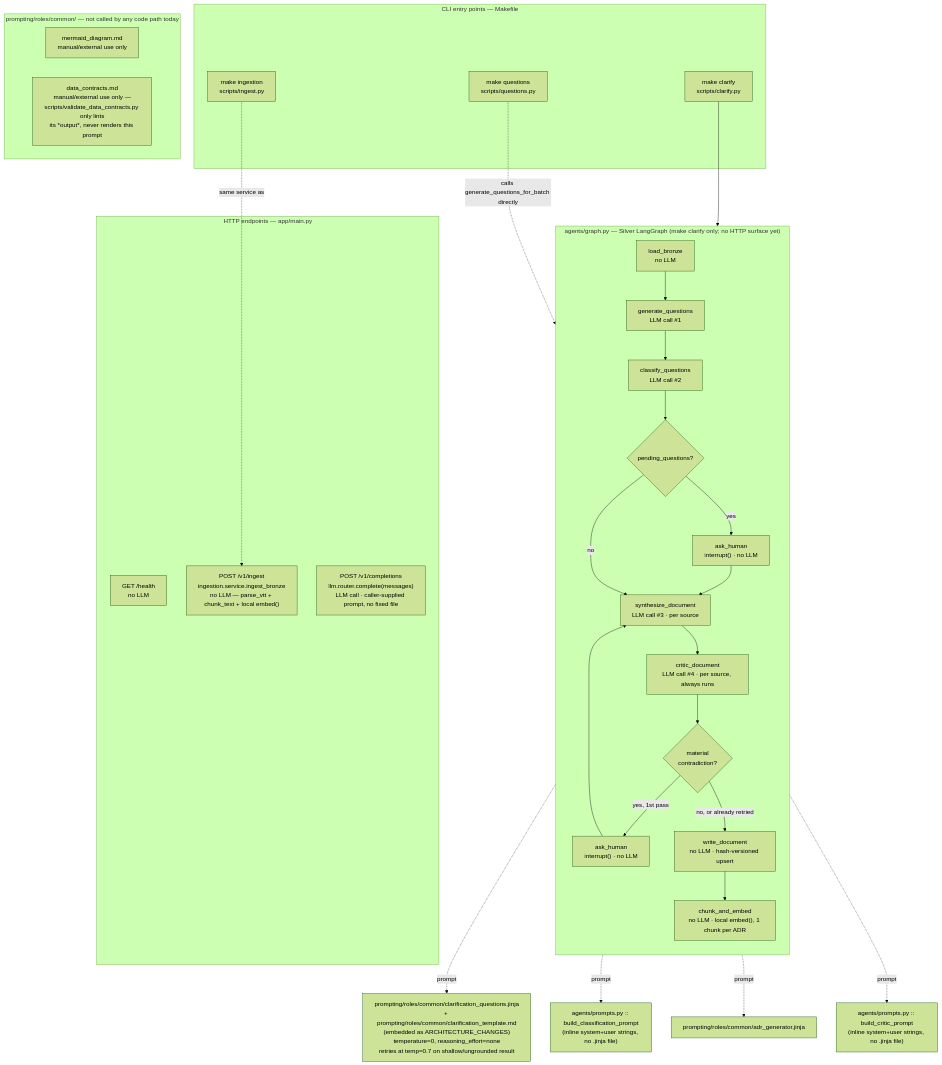
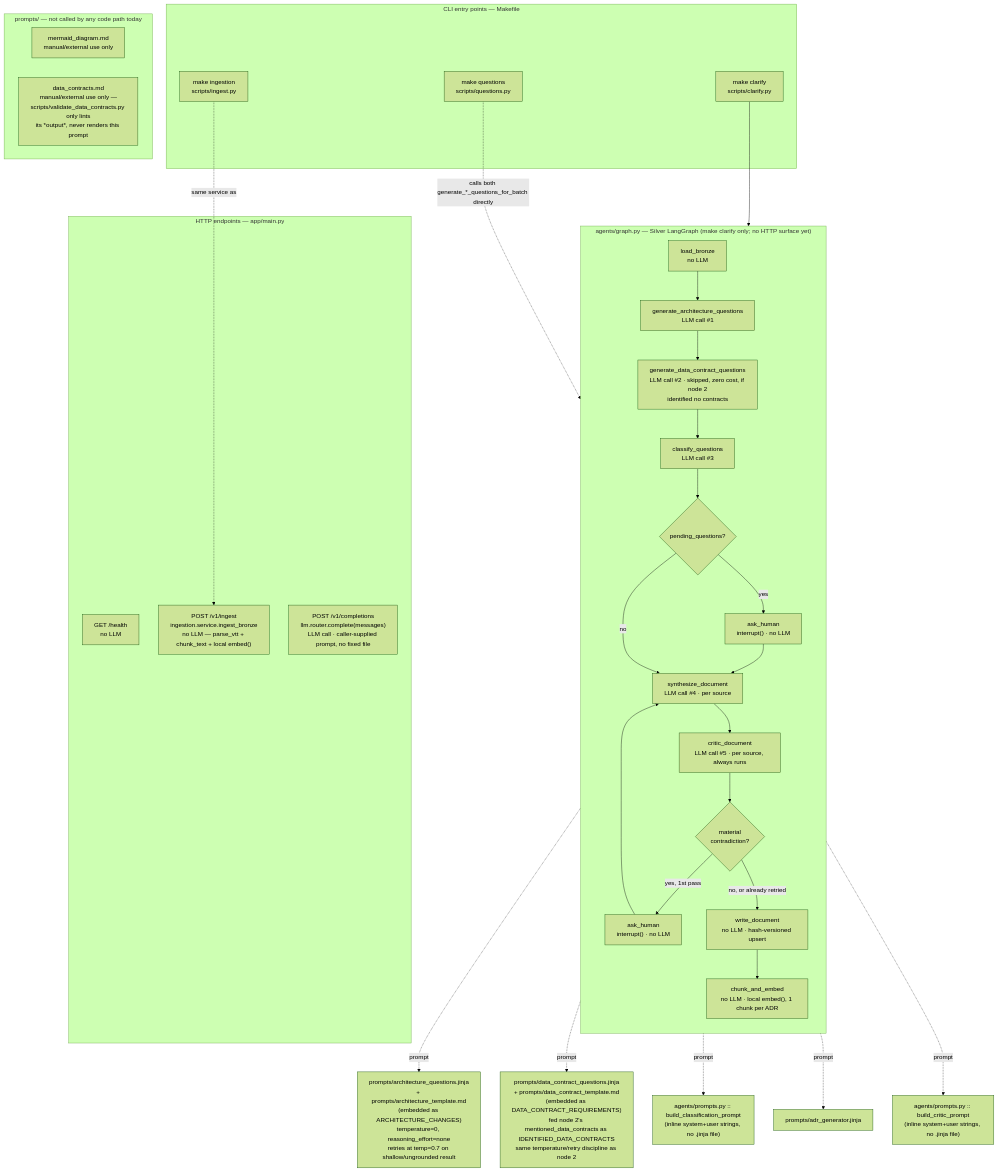
The diagram in doc/agents_llm_flow.md (gvlpedro/technical_meeting_rag), drawn with Mermaid (forest theme) before and after one commit. The commit also changed other lines of this file and 60 other files, not shown here.

Commit message:
feat: split questions in two different outputs architecture and data contracts questions

````diff
--- a/doc/agents_llm_flow.md
+++ b/doc/agents_llm_flow.md
@@ -7,51 +7,53 @@
 ```mermaid
 flowchart TD
     subgraph EP["HTTP endpoints — app/main.py"]
         H1["GET /health<br/>no LLM"]
         H2["POST /v1/ingest<br/>ingestion.service.ingest_bronze<br/>no LLM — parse_vtt + chunk_text + local embed()"]
         H3["POST /v1/completions<br/>llm.router.complete(messages)<br/>LLM call · caller-supplied prompt, no fixed file"]
     end
 
     subgraph CLI["CLI entry points — Makefile"]
         M1["make ingestion<br/>scripts/ingest.py"]
         M2["make questions<br/>scripts/questions.py"]
         M3["make clarify<br/>scripts/clarify.py"]
     end
 
     M1 -. same service as .-> H2
 
     subgraph GRAPH["agents/graph.py — Silver LangGraph (make clarify only; no HTTP surface yet)"]
         direction TB
         N1["load_bronze<br/>no LLM"]
-        N2["generate_questions<br/>LLM call #1"]
-        N3["classify_questions<br/>LLM call #2"]
+        N2["generate_architecture_questions<br/>LLM call #1"]
+        N2b["generate_data_contract_questions<br/>LLM call #2 · skipped, zero cost, if node 2\nidentified no contracts"]
+        N3["classify_questions<br/>LLM call #3"]
         D1{"pending_questions?"}
         N4["ask_human<br/>interrupt() · no LLM"]
-        N5["synthesize_document<br/>LLM call #3 · per source"]
-        N6["critic_document<br/>LLM call #4 · per source, always runs"]
+        N5["synthesize_document<br/>LLM call #4 · per source"]
+        N6["critic_document<br/>LLM call #5 · per source, always runs"]
         D2{"material<br/>contradiction?"}
         N7["ask_human<br/>interrupt() · no LLM"]
         N8["write_document<br/>no LLM · hash-versioned upsert"]
         N9["chunk_and_embed<br/>no LLM · local embed(), 1 chunk per ADR"]
 
-        N1 --> N2 --> N3 --> D1
+        N1 --> N2 --> N2b --> N3 --> D1
         D1 -->|yes| N4 --> N5
         D1 -->|no| N5
         N5 --> N6 --> D2
         D2 -->|yes, 1st pass| N7 --> N5
         D2 -->|no, or already retried| N8 --> N9
     end
 
-    M2 -. calls generate_questions_for_batch directly .-> N2
+    M2 -. calls both generate_*_questions_for_batch directly .-> N2
     M3 --> N1
 
-    N2 -. prompt .-> P1["prompting/roles/common/clarification_questions.jinja<br/>+ prompting/roles/common/clarification_template.md<br/>(embedded as ARCHITECTURE_CHANGES)<br/>temperature=0, reasoning_effort=none<br/>retries at temp=0.7 on shallow/ungrounded result"]
+    N2 -. prompt .-> P1["prompts/architecture_questions.jinja<br/>+ prompts/architecture_template.md<br/>(embedded as ARCHITECTURE_CHANGES)<br/>temperature=0, reasoning_effort=none<br/>retries at temp=0.7 on shallow/ungrounded result"]
+    N2b -. prompt .-> P1b["prompts/data_contract_questions.jinja<br/>+ prompts/data_contract_template.md<br/>(embedded as DATA_CONTRACT_REQUIREMENTS)<br/>fed node 2's mentioned_data_contracts as IDENTIFIED_DATA_CONTRACTS<br/>same temperature/retry discipline as node 2"]
     N3 -. prompt .-> P2["agents/prompts.py :: build_classification_prompt<br/>(inline system+user strings, no .jinja file)"]
-    N5 -. prompt .-> P3["prompting/roles/common/adr_generator.jinja"]
+    N5 -. prompt .-> P3["prompts/adr_generator.jinja"]
     N6 -. prompt .-> P4["agents/prompts.py :: build_critic_prompt<br/>(inline system+user strings, no .jinja file)"]
 
-    subgraph UNUSED["prompting/roles/common/ — not called by any code path today"]
+    subgraph UNUSED["prompts/ — not called by any code path today"]
         U1["mermaid_diagram.md<br/>manual/external use only"]
         U2["data_contracts.md<br/>manual/external use only —<br/>scripts/validate_data_contracts.py only lints<br/>its *output*, never renders this prompt"]
     end
 ```
````
